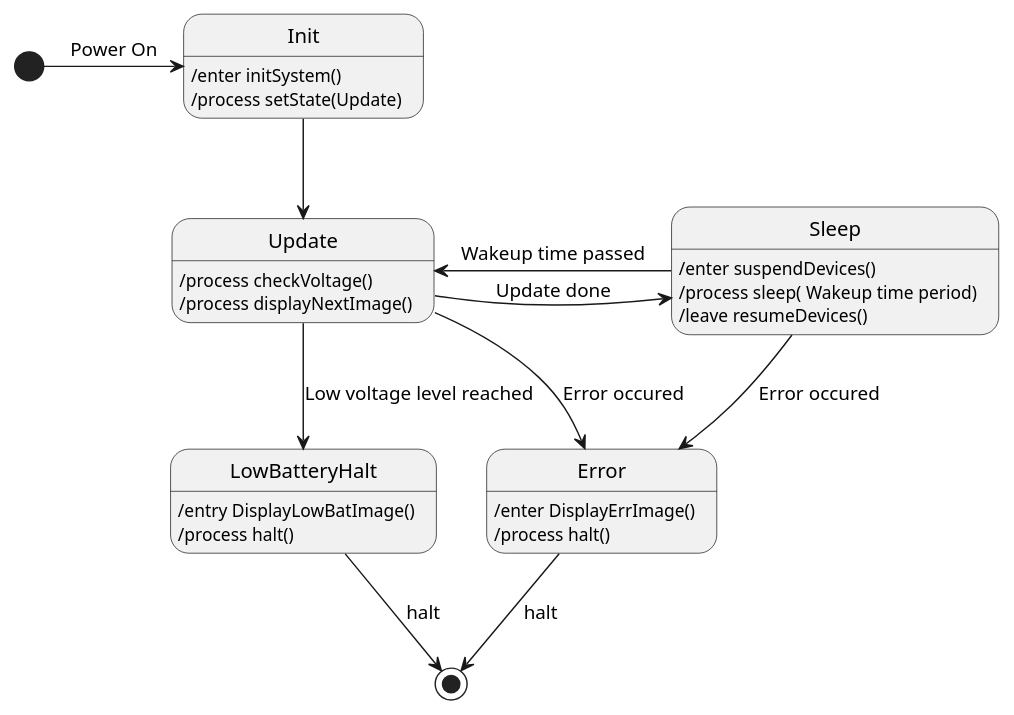
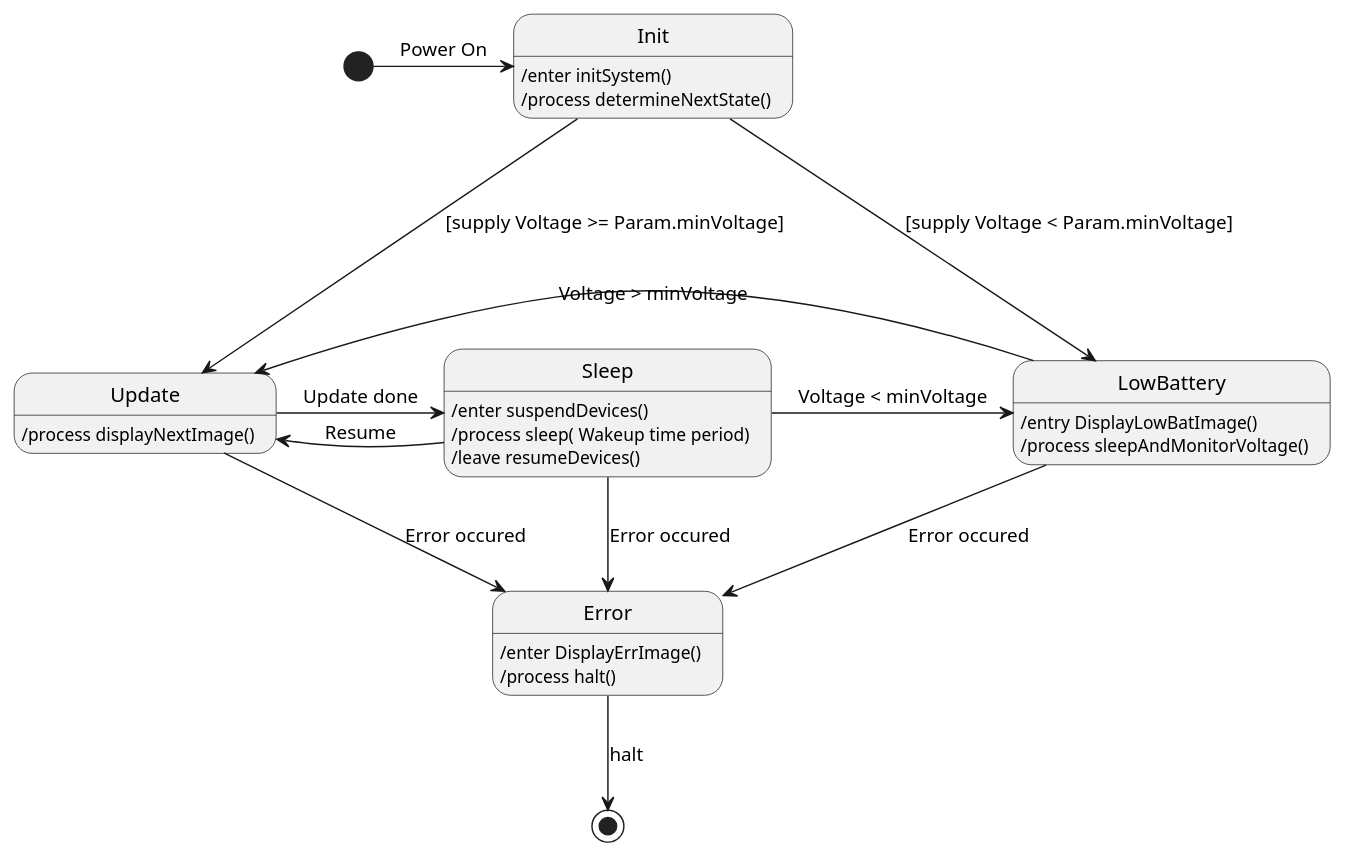
Before and after one commit to nhjschulz/EInkPicFrame: the diagram in design/plantuml/StateMachine.plantuml, drawn with PlantUML.

Commit message:
Design: Reworked Statemachine for LowBattery
Fixed state transitions around LowBattery state

```diff
--- a/design/plantuml/StateMachine.plantuml
+++ b/design/plantuml/StateMachine.plantuml
@@ -1,31 +1,32 @@
 @startuml StateMachine
 
-[*] -r-> Init : Power On
-Init -->  Update
+[*] -> Init : Power On
+Init --->  Update : [supply Voltage >= Param.minVoltage]
+Init --> LowBattery : [supply Voltage < Param.minVoltage]
+
 
 Update -> Sleep : Update done
-Sleep -l> Update : Wakeup time passed
-
+Sleep -> LowBattery :  Voltage < minVoltage
+Sleep-l-> Update : Resume
 Update -d-> Error : Error occured
 Sleep -d-> Error : Error occured
 
-Update --> LowBatteryHalt : Low voltage level reached
-Error -d-> [*] : halt
-LowBatteryHalt -d->[*] : halt
+Error --> [*] : halt
+LowBattery -d-> Error: Error occured
+LowBattery -l> Update: Voltage > minVoltage
 Init: /enter initSystem()
-Init: /process setState(Update)
+Init: /process determineNextState()
 
 Error: /enter DisplayErrImage()
 Error: /process halt()
 
-Update: /process checkVoltage()
 Update: /process displayNextImage()
 
 Sleep: /enter suspendDevices()
 Sleep: /process sleep( Wakeup time period)
 Sleep: /leave resumeDevices()
 
-LowBatteryHalt: /entry DisplayLowBatImage()
-LowBatteryHalt: /process halt()
+LowBattery: /entry DisplayLowBatImage()
+LowBattery: /process sleepAndMonitorVoltage()
 
 @enduml
```
